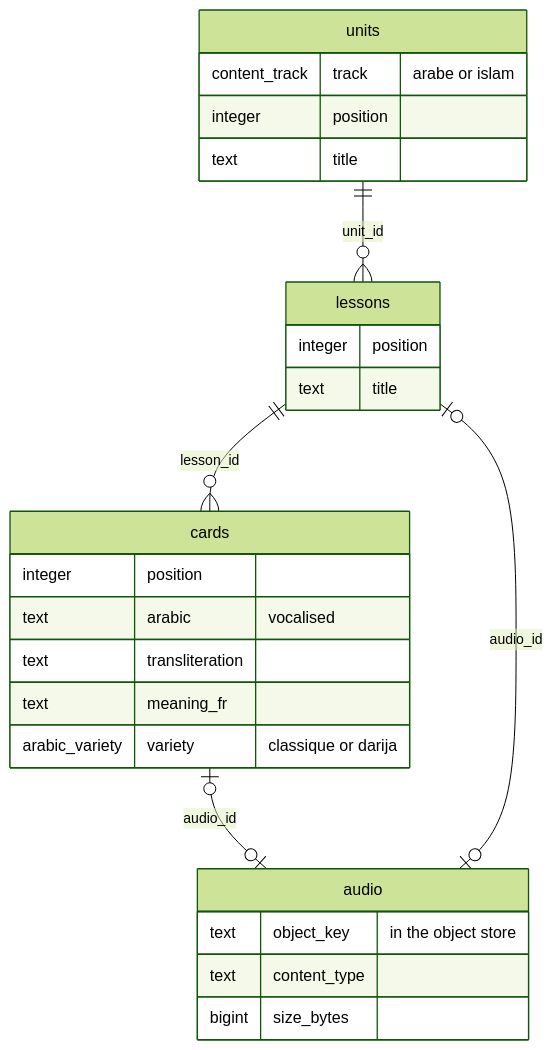
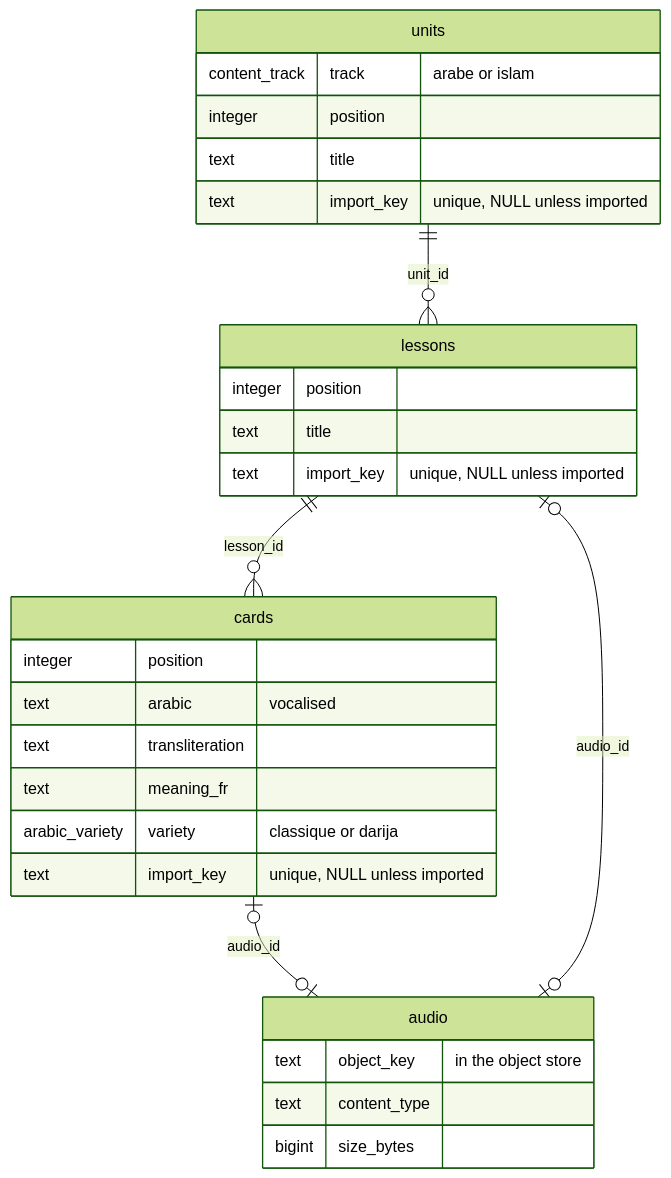
Before and after one commit to therealm-tech/convertisseur: the second of 6 diagrams in ARCHITECTURE.md, drawn with Mermaid (forest theme). The commit also changed other lines of this file and 34 other files, not shown here.

````diff
--- a/ARCHITECTURE.md
+++ b/ARCHITECTURE.md
@@ -128,28 +138,31 @@
 ```mermaid
 erDiagram
     units ||--o{ lessons : "unit_id"
     lessons ||--o{ cards : "lesson_id"
     cards |o--o| audio : "audio_id"
     lessons |o--o| audio : "audio_id"
     units {
         content_track track "arabe or islam"
         integer position
         text title
+        text import_key "unique, NULL unless imported"
     }
     lessons {
         integer position
         text title
+        text import_key "unique, NULL unless imported"
     }
     cards {
         integer position
         text arabic "vocalised"
         text transliteration
         text meaning_fr
         arabic_variety variety "classique or darija"
+        text import_key "unique, NULL unless imported"
     }
     audio {
         text object_key "in the object store"
         text content_type
         bigint size_bytes
     }
 ```
````
